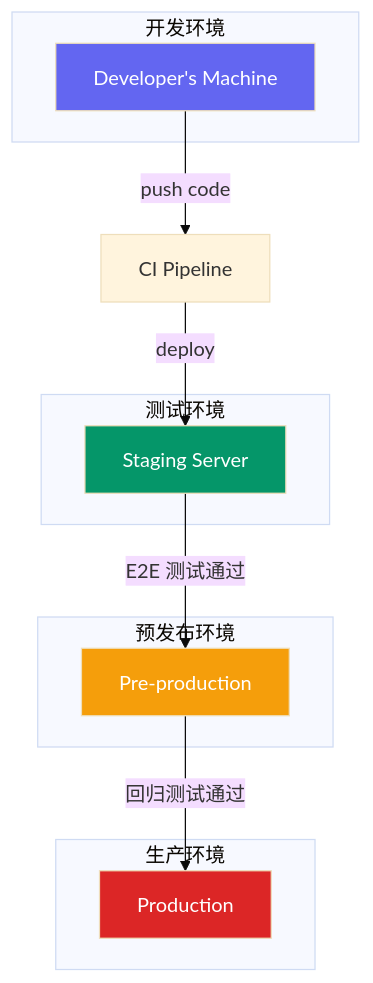
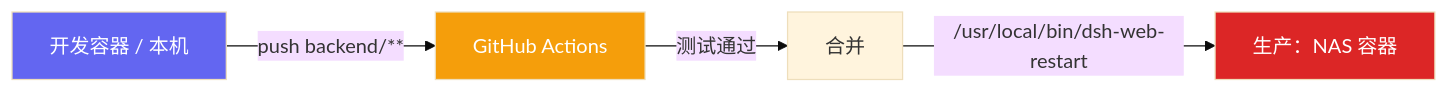
Before and after one commit to Coprexist/AIsChat: the third of 3 diagrams in docs/guides/test_strategy.md, drawn with Mermaid (base theme). The commit also changed other lines of this file and 3 other files, not shown here.

First line of the commit message:
test: 群视界发图链路端到端冒烟（真调 _prepare_world_chat）+ 无 pytest 运行器

````diff
--- a/docs/guides/test_strategy.md
+++ b/docs/guides/test_strategy.md
@@ -488,28 +379,10 @@
 ```mermaid
-flowchart TD
-    subgraph "开发环境"
-        Dev[Developer's Machine]
-    end
-    
-    subgraph "测试环境"
-        Staging[Staging Server]
-    end
-    
-    subgraph "预发布环境"
-        PreProd[Pre-production]
-    end
-    
-    subgraph "生产环境"
-        Prod[Production]
-    end
-    
-    Dev -->|push code| CI[CI Pipeline]
-    CI -->|deploy| Staging
-    Staging -->|E2E 测试通过| PreProd
-    PreProd -->|回归测试通过| Prod
-    
+flowchart LR
+    Dev[开发容器 / 本机] -->|push backend/**| CI[GitHub Actions]
+    CI -->|测试通过| Merge[合并]
+    Merge -->|/usr/local/bin/dsh-web-restart| Prod[生产：NAS 容器]
+
     style Dev fill:#6366f1,color:#fff
-    style Staging fill:#059669,color:#fff
-    style PreProd fill:#f59e0b,color:#fff
+    style CI fill:#f59e0b,color:#fff
     style Prod fill:#dc2626,color:#fff
 ```
````
